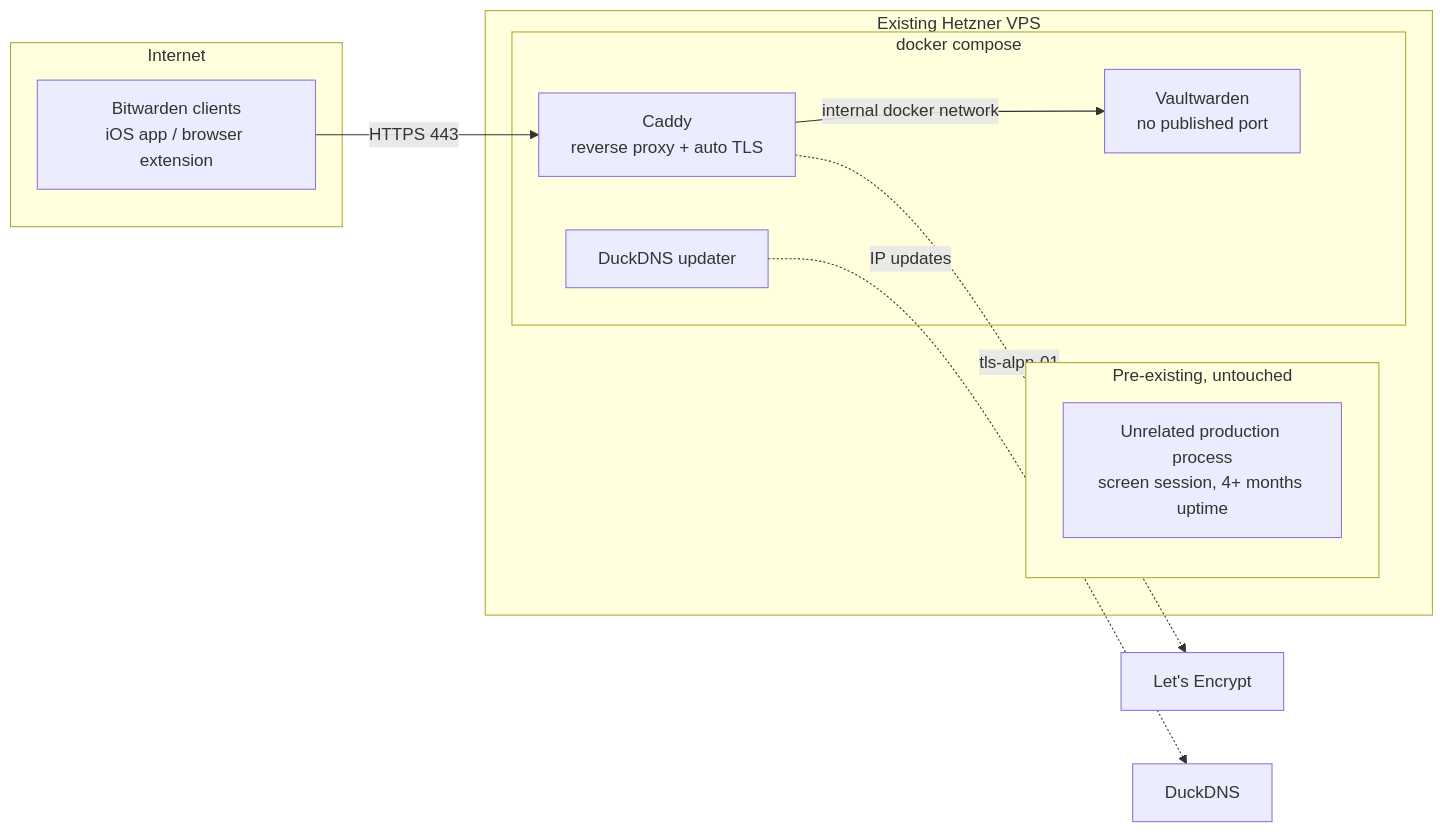
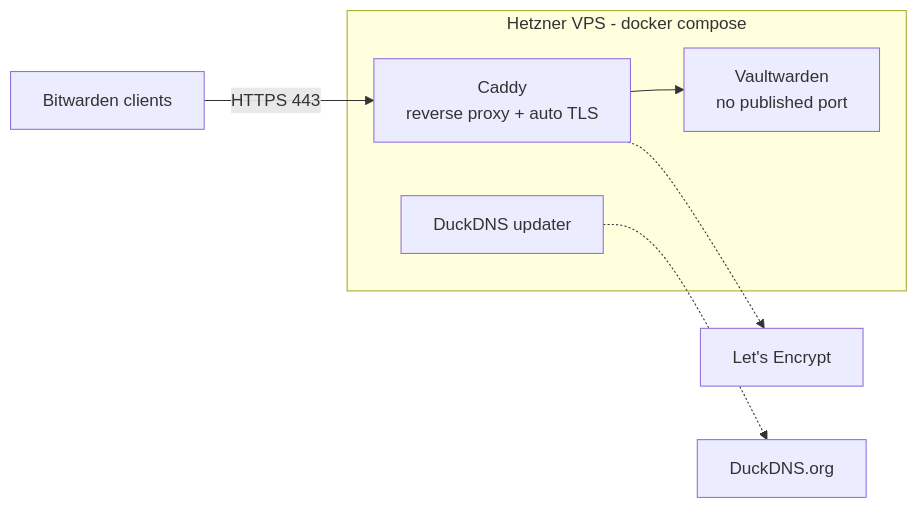
Before and after one commit to nadeko0/vaultwarden-selfhosted: the diagram in README.md, drawn with Mermaid. The commit also changed other lines of this file, not shown here.

Commit message:
Simplify architecture diagram
Drop nested subgraphs (client/preexisting-process wrapper, extra
labels) that rendered awkwardly on GitHub. Single flat subgraph for
the compose stack, unrelated pre-existing process moved to a text
note instead of a diagram node.

````diff
--- a/README.md
+++ b/README.md
@@ -25,26 +25,13 @@
 ```mermaid
 flowchart LR
-    subgraph internet[Internet]
-        client[Bitwarden clients<br/>iOS app / browser extension]
+    Client[Bitwarden clients] -->|HTTPS 443| Caddy
+    Caddy --> Vaultwarden
+    Caddy -.-> LE[Let's Encrypt]
+    DuckDNS -.-> DuckDNSorg[DuckDNS.org]
+
+    subgraph VPS["Hetzner VPS - docker compose"]
+        Caddy["Caddy<br/>reverse proxy + auto TLS"]
+        Vaultwarden["Vaultwarden<br/>no published port"]
+        DuckDNS["DuckDNS updater"]
     end
-
-    subgraph vps[Existing Hetzner VPS]
-        subgraph preexisting[Pre-existing, untouched]
-            proc1[Unrelated production process<br/>screen session, 4+ months uptime]
-        end
-
-        subgraph stack[docker compose]
-            caddy[Caddy<br/>reverse proxy + auto TLS]
-            vw[Vaultwarden<br/>no published port]
-            duck[DuckDNS updater]
-        end
-    end
-
-    le[Let's Encrypt]
-    dns[DuckDNS]
-
-    client -->|HTTPS 443| caddy
-    caddy -->|internal docker network| vw
-    caddy -.->|tls-alpn-01| le
-    duck -.->|IP updates| dns
 ```
````
